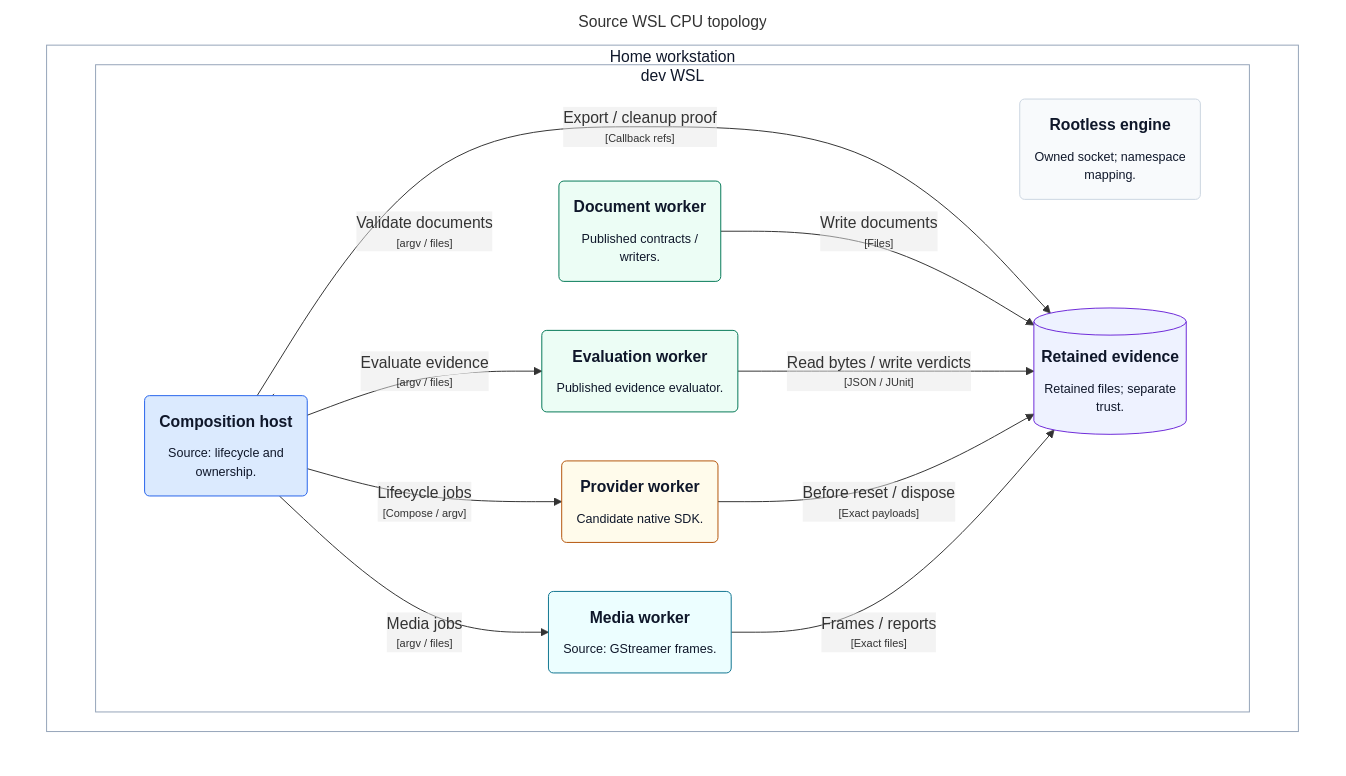
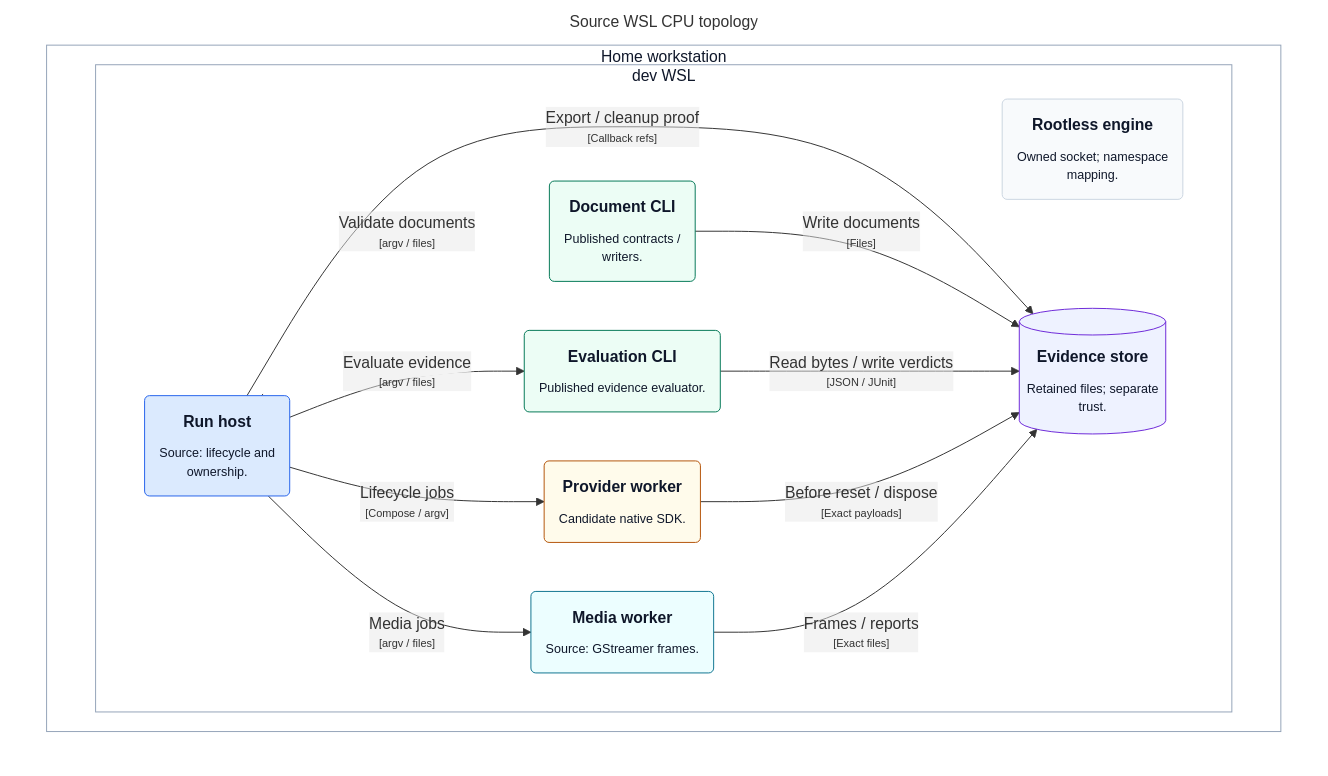
The diagram in docs/architecture/generated/structurizr-HomeDeployment.mmd (mmkolpakov/robotics-runtime), drawn with Mermaid before and after one commit. The commit also changed 12 other files, not shown here.

Commit message:
Keep native diagram labels complete at README scale

```diff
--- a/docs/architecture/generated/structurizr-HomeDeployment.mmd
+++ b/docs/architecture/generated/structurizr-HomeDeployment.mmd
@@ -1,41 +1,41 @@
 graph TB
   linkStyle default fill:#ffffff
 
   subgraph diagram ["Source WSL CPU topology"]
     style diagram fill:#ffffff,stroke:#ffffff
 
     subgraph 35 ["Home workstation"]
       style 35 fill:#ffffff,stroke:#94a3b8,color:#0f172a
 
       subgraph 36 ["dev WSL"]
         style 36 fill:#ffffff,stroke:#94a3b8,color:#0f172a
 
         37("<div style='font-weight: bold'>Rootless engine</div><div style='font-size: 80%; margin-top:10px'>Owned socket; namespace<br />mapping.</div>")
         style 37 fill:#f8fafc,stroke:#cbd5e1,color:#0f172a
-        38("<div style='font-weight: bold'>Composition host</div><div style='font-size: 80%; margin-top:10px'>Source: lifecycle and<br />ownership.</div>")
+        38("<div style='font-weight: bold'>Run host</div><div style='font-size: 80%; margin-top:10px'>Source: lifecycle and<br />ownership.</div>")
         style 38 fill:#dbeafe,stroke:#2563eb,color:#0f172a
-        39("<div style='font-weight: bold'>Document worker</div><div style='font-size: 80%; margin-top:10px'>Published contracts /<br />writers.</div>")
+        39("<div style='font-weight: bold'>Document CLI</div><div style='font-size: 80%; margin-top:10px'>Published contracts /<br />writers.</div>")
         style 39 fill:#ecfdf5,stroke:#047857,color:#0f172a
-        41("<div style='font-weight: bold'>Evaluation worker</div><div style='font-size: 80%; margin-top:10px'>Published evidence evaluator.</div>")
+        41("<div style='font-weight: bold'>Evaluation CLI</div><div style='font-size: 80%; margin-top:10px'>Published evidence evaluator.</div>")
         style 41 fill:#ecfdf5,stroke:#047857,color:#0f172a
         43("<div style='font-weight: bold'>Provider worker</div><div style='font-size: 80%; margin-top:10px'>Candidate native SDK.</div>")
         style 43 fill:#fffbeb,stroke:#b45309,color:#0f172a
         45("<div style='font-weight: bold'>Media worker</div><div style='font-size: 80%; margin-top:10px'>Source: GStreamer frames.</div>")
         style 45 fill:#ecfeff,stroke:#0e7490,color:#0f172a
-        47[("<div style='font-weight: bold'>Retained evidence</div><div style='font-size: 80%; margin-top:10px'>Retained files; separate<br />trust.</div>")]
+        47[("<div style='font-weight: bold'>Evidence store</div><div style='font-size: 80%; margin-top:10px'>Retained files; separate<br />trust.</div>")]
         style 47 fill:#eef2ff,stroke:#6d28d9,color:#0f172a
       end
 
     end
 
     38-- "<div>Validate documents</div><div style='font-size: 70%'>[argv / files]</div>" -->39
     38-- "<div>Evaluate evidence</div><div style='font-size: 70%'>[argv / files]</div>" -->41
     38-- "<div>Lifecycle jobs</div><div style='font-size: 70%'>[Compose / argv]</div>" -->43
     38-- "<div>Media jobs</div><div style='font-size: 70%'>[argv / files]</div>" -->45
     38-- "<div>Export / cleanup proof</div><div style='font-size: 70%'>[Callback refs]</div>" -->47
     39-- "<div>Write documents</div><div style='font-size: 70%'>[Files]</div>" -->47
     41-- "<div>Read bytes / write verdicts</div><div style='font-size: 70%'>[JSON / JUnit]</div>" -->47
     43-- "<div>Before reset / dispose</div><div style='font-size: 70%'>[Exact payloads]</div>" -->47
     45-- "<div>Frames / reports</div><div style='font-size: 70%'>[Exact files]</div>" -->47
 
   end
```
